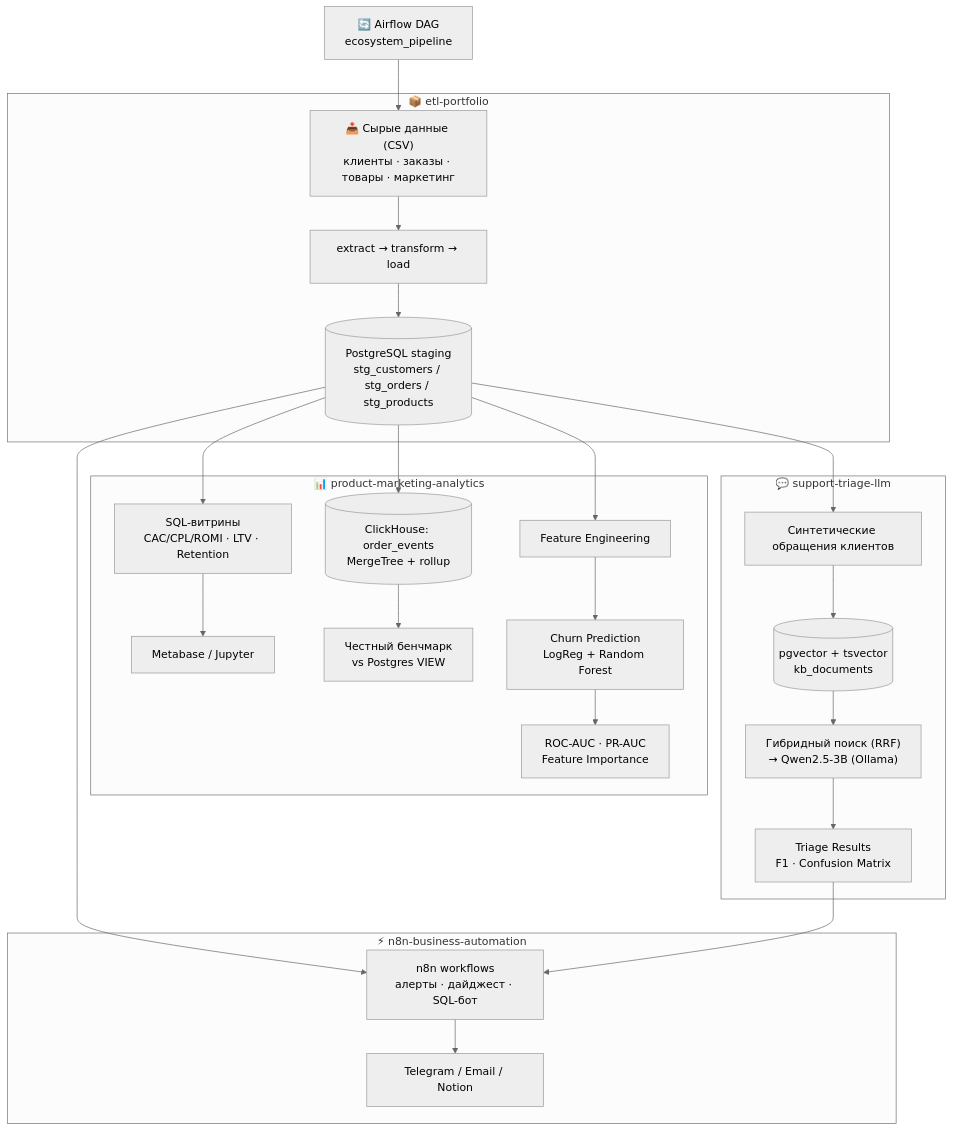
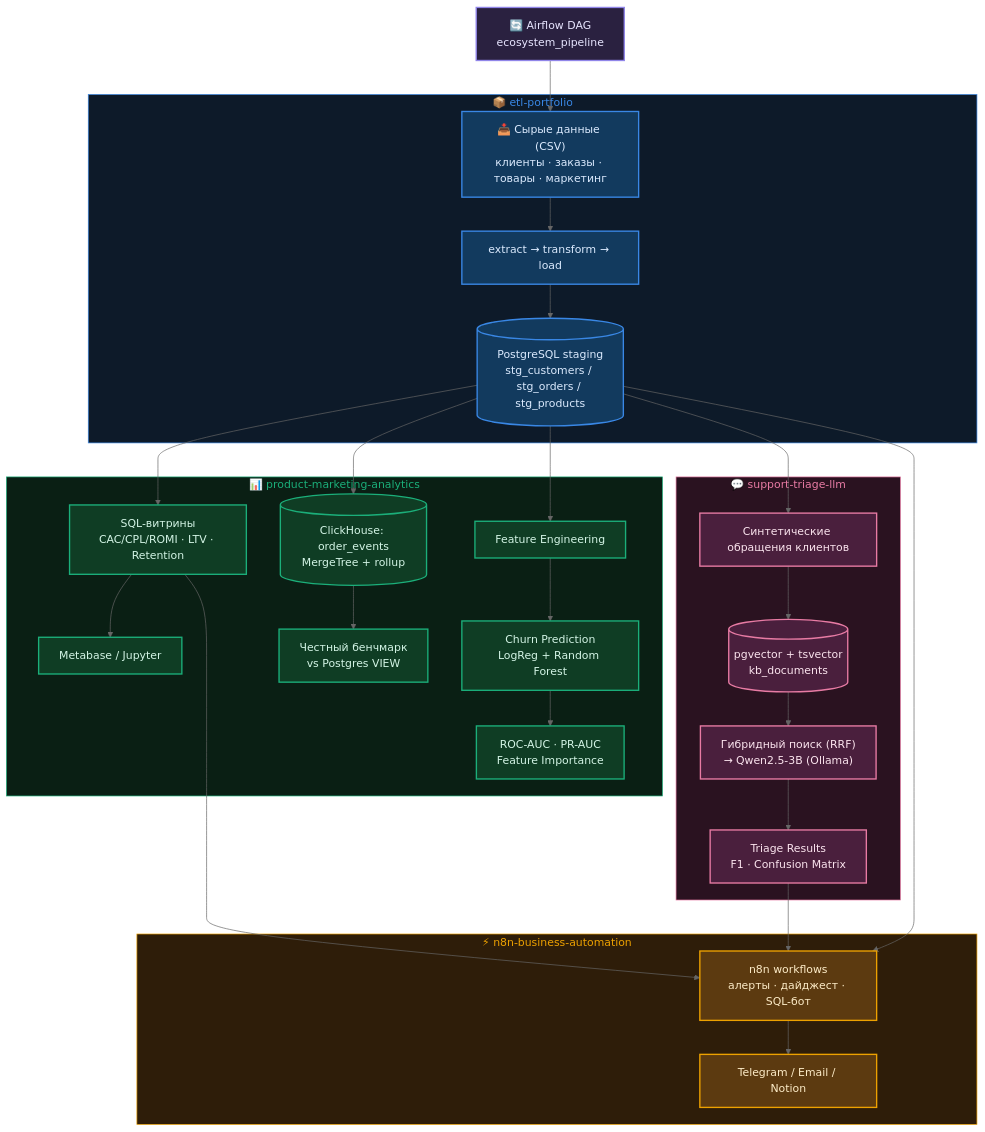
Before and after one commit to exist-ty/Nikolay-Kolesnikov-Data-Engineering-Applied-ML-LLM-Portfolio-Hub: the diagram in README.md, drawn with Mermaid (neutral theme). The commit also changed other lines of this file and 1 other file, not shown here.

Commit message:
Color-code architecture diagram by domain, add missing n8n<-marts edge
- classDef per domain (orchestration/etl/analytics/llm/n8n) plus a tinted
  background per subgraph, so the diagram reads by color at a glance
  instead of only by grouping. Iterated in a Claude Artifact preview
  before porting the final version here.
- Added product-marketing-analytics --> n8n-business-automation: the
  Self-Service SQL bot's GRANT SELECT is on mart_channel_economics/
  mart_customer_ltv/mart_cohort_retention specifically (see
  sql/readonly_role_selfservice.sql in n8n-business-automation), which
  product-marketing-analytics creates — n8n was only shown reading
  etl-portfolio's staging layer before, which undersold a real dependency.

````diff
--- a/README.md
+++ b/README.md
@@ -17,32 +17,44 @@
 ```mermaid
 graph TD
-    Z["🔄 Airflow DAG<br/>ecosystem_pipeline"] --> A["📥 Сырые данные (CSV)<br/>клиенты · заказы · товары · маркетинг"]
+    Z["🔄 Airflow DAG<br/>ecosystem_pipeline"]:::orchestration --> A["📥 Сырые данные (CSV)<br/>клиенты · заказы · товары · маркетинг"]:::etl
 
     subgraph ETL["📦 etl-portfolio"]
-        A --> B["extract → transform → load"]
-        B --> C[("PostgreSQL staging<br/>stg_customers / stg_orders / stg_products")]
+        A --> B["extract → transform → load"]:::etl
+        B --> C[("PostgreSQL staging<br/>stg_customers / stg_orders / stg_products")]:::etl
     end
 
     subgraph ANALYTICS["📊 product-marketing-analytics"]
-        C --> D["SQL-витрины<br/>CAC/CPL/ROMI · LTV · Retention"]
-        D --> G["Metabase / Jupyter"]
-        C --> M[("ClickHouse: order_events<br/>MergeTree + rollup")]
-        M --> N["Честный бенчмарк<br/>vs Postgres VIEW"]
-        C --> E["Feature Engineering"]
-        E --> H["Churn Prediction<br/>LogReg + Random Forest"]
-        H --> I["ROC-AUC · PR-AUC<br/>Feature Importance"]
+        C --> D["SQL-витрины<br/>CAC/CPL/ROMI · LTV · Retention"]:::analytics
+        D --> G["Metabase / Jupyter"]:::analytics
+        C --> M[("ClickHouse: order_events<br/>MergeTree + rollup")]:::analytics
+        M --> N["Честный бенчмарк<br/>vs Postgres VIEW"]:::analytics
+        C --> E["Feature Engineering"]:::analytics
+        E --> H["Churn Prediction<br/>LogReg + Random Forest"]:::analytics
+        H --> I["ROC-AUC · PR-AUC<br/>Feature Importance"]:::analytics
     end
 
     subgraph LLM["💬 support-triage-llm"]
-        C --> F["Синтетические обращения клиентов"]
-        F --> J[("pgvector + tsvector<br/>kb_documents")]
-        J --> K["Гибридный поиск (RRF)<br/>→ Qwen2.5-3B (Ollama)"]
-        K --> L["Triage Results<br/>F1 · Confusion Matrix"]
+        C --> F["Синтетические обращения клиентов"]:::llm
+        F --> J[("pgvector + tsvector<br/>kb_documents")]:::llm
+        J --> K["Гибридный поиск (RRF)<br/>→ Qwen2.5-3B (Ollama)"]:::llm
+        K --> L["Triage Results<br/>F1 · Confusion Matrix"]:::llm
     end
 
     subgraph N8N["⚡ n8n-business-automation"]
-        C --> O["n8n workflows<br/>алерты · дайджест · SQL-бот"]
+        C --> O["n8n workflows<br/>алерты · дайджест · SQL-бот"]:::n8n
+        D --> O
         L --> O
-        O --> P["Telegram / Email / Notion"]
+        O --> P["Telegram / Email / Notion"]:::n8n
     end
+
+    classDef orchestration fill:#2a2140,stroke:#9085e9,color:#e8e6ff,stroke-width:2px
+    classDef etl fill:#123a5e,stroke:#3987e5,color:#dbeafe,stroke-width:2px
+    classDef analytics fill:#0f3d24,stroke:#1baf7a,color:#d4f5e6,stroke-width:2px
+    classDef llm fill:#4a1f3d,stroke:#e87ba4,color:#fbe4ee,stroke-width:2px
+    classDef n8n fill:#5c3a10,stroke:#eda100,color:#fdecc8,stroke-width:2px
+
+    style ETL fill:#0d1a29,stroke:#3987e5,stroke-width:1px,color:#3987e5
+    style ANALYTICS fill:#0a1f14,stroke:#1baf7a,stroke-width:1px,color:#1baf7a
+    style LLM fill:#2a1220,stroke:#e87ba4,stroke-width:1px,color:#e87ba4
+    style N8N fill:#2e1d09,stroke:#eda100,stroke-width:1px,color:#eda100
 ```
````
